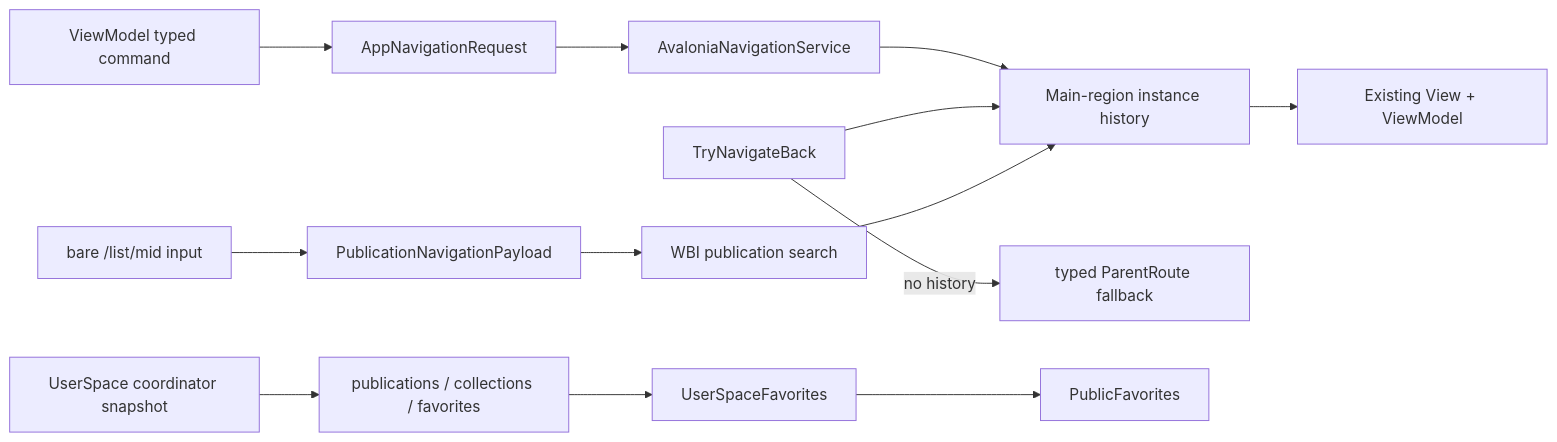
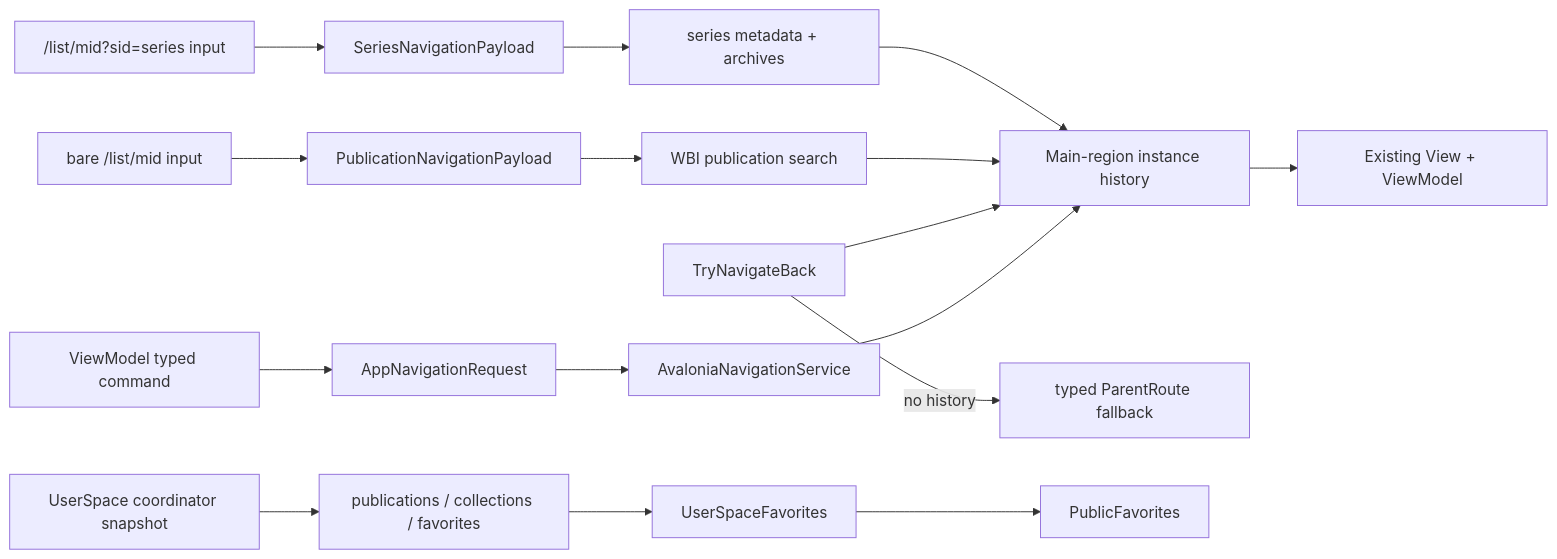
Before and after one commit to 403a/downkyicore: the second of 5 diagrams in ARCHITECTURE.md, drawn with Mermaid. The commit also changed other lines of this file and 13 other files, not shown here.

Commit message:
feat: support Bilibili series list URLs

````diff
--- a/ARCHITECTURE.md
+++ b/ARCHITECTURE.md
@@ -69,15 +69,18 @@
 ```mermaid
 flowchart LR
     Command["ViewModel typed command"] --> Request["AppNavigationRequest"]
     Request --> Router["AvaloniaNavigationService"]
     Router --> History["Main-region instance history"]
     History --> View["Existing View + ViewModel"]
     Back["TryNavigateBack"] --> History
     Back -->|"no history"| Parent["typed ParentRoute fallback"]
     UserSpace["UserSpace coordinator snapshot"] --> Tabs["publications / collections / favorites"]
     Tabs --> FavoriteFolders["UserSpaceFavorites"]
     FavoriteFolders --> PublicFavorites["PublicFavorites"]
     ListUrl["bare /list/mid input"] --> PublicationPayload["PublicationNavigationPayload"]
     PublicationPayload --> PublicationPage["WBI publication search"]
     PublicationPage --> History
+    SeriesUrl["/list/mid?sid=series input"] --> SeriesPayload["SeriesNavigationPayload"]
+    SeriesPayload --> SeriesPage["series metadata + archives"]
+    SeriesPage --> History
 ```
````
